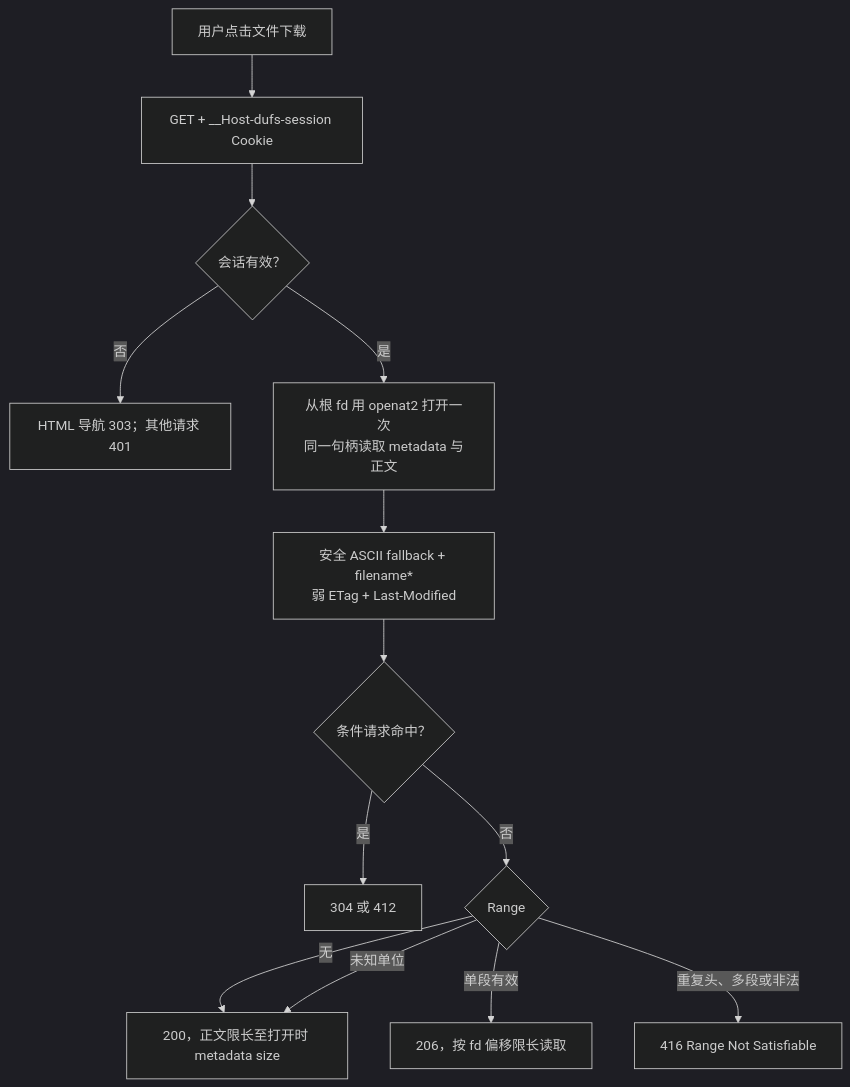
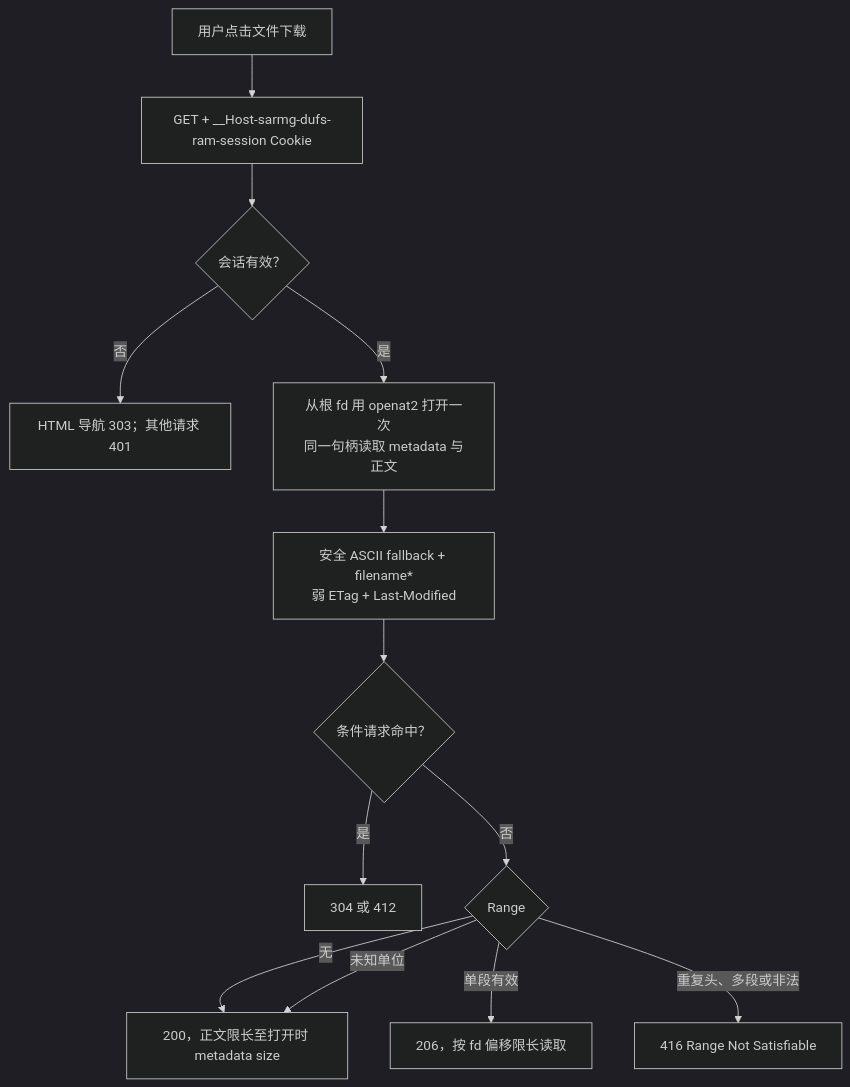
Before and after one commit to isarmg/dufs-ram: the ninth of 21 diagrams in docs/project-workflow.md, drawn with Mermaid (dark theme). The commit also changed other lines of this file and 88 other files, not shown here.

````diff
--- a/docs/project-workflow.md
+++ b/docs/project-workflow.md
@@ -428,15 +390,15 @@
 ```mermaid
 flowchart TD
-    CLICK["用户点击文件下载"] --> GET["GET + __Host-dufs-session Cookie"]
+    CLICK["用户点击文件下载"] --> GET["GET + __Host-sarmg-dufs-ram-session Cookie"]
     GET --> SESSION{"会话有效？"}
     SESSION -- 否 --> UNAUTH["HTML 导航 303；其他请求 401"]
     SESSION -- 是 --> OPEN["从根 fd 用 openat2 打开一次<br/>同一句柄读取 metadata 与正文"]
     OPEN --> HEADER["安全 ASCII fallback + filename*<br/>弱 ETag + Last-Modified"]
     HEADER --> CACHE{"条件请求命中？"}
     CACHE -- 是 --> CONDITIONAL["304 或 412"]
     CACHE -- 否 --> RANGE{"Range"}
     RANGE -- 无 --> FULL["200，正文限长至打开时 metadata size"]
     RANGE -- 未知单位 --> FULL
     RANGE -- 单段有效 --> SINGLE["206，按 fd 偏移限长读取"]
     RANGE -- 重复头、多段或非法 --> BAD["416 Range Not Satisfiable"]
 ```
````
